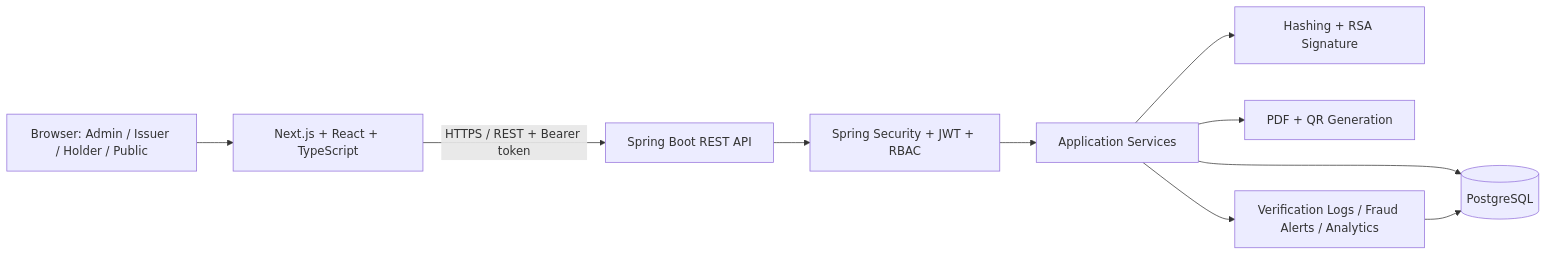
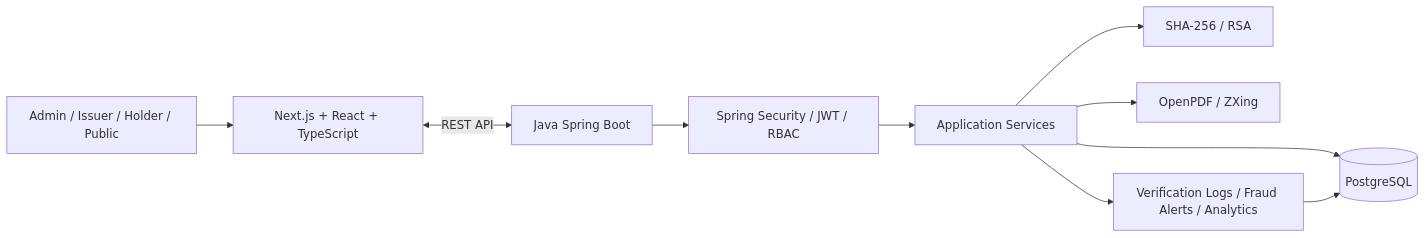
Before and after one commit to PBL-Advanced-Java-Lab/Digital-Certificate-Platform: the second of 2 diagrams in README.md, drawn with Mermaid. The commit also changed other lines of this file, not shown here.

````diff
--- a/README.md
+++ b/README.md
@@ -110,12 +116,12 @@
 ```mermaid
 flowchart LR
-    U[Browser: Admin / Issuer / Holder / Public] --> FE[Next.js + React + TypeScript]
-    FE -->|HTTPS / REST + Bearer token| API[Spring Boot REST API]
-    API --> SEC[Spring Security + JWT + RBAC]
-    SEC --> SVC[Application Services]
-    SVC --> CRYPTO[Hashing + RSA Signature]
-    SVC --> DOC[PDF + QR Generation]
+    U[Admin / Issuer / Holder / Public] --> FE[Next.js + React + TypeScript]
+    FE <-->|REST API| API[Java Spring Boot]
+    API --> AUTH[Spring Security / JWT / RBAC]
+    AUTH --> SVC[Application Services]
+    SVC --> CRYPTO[SHA-256 / RSA]
+    SVC --> DOC[OpenPDF / ZXing]
     SVC --> DB[(PostgreSQL)]
-    SVC --> LOG[Verification Logs / Fraud Alerts / Analytics]
-    LOG --> DB
+    SVC --> MON[Verification Logs / Fraud Alerts / Analytics]
+    MON --> DB
 ```
````
